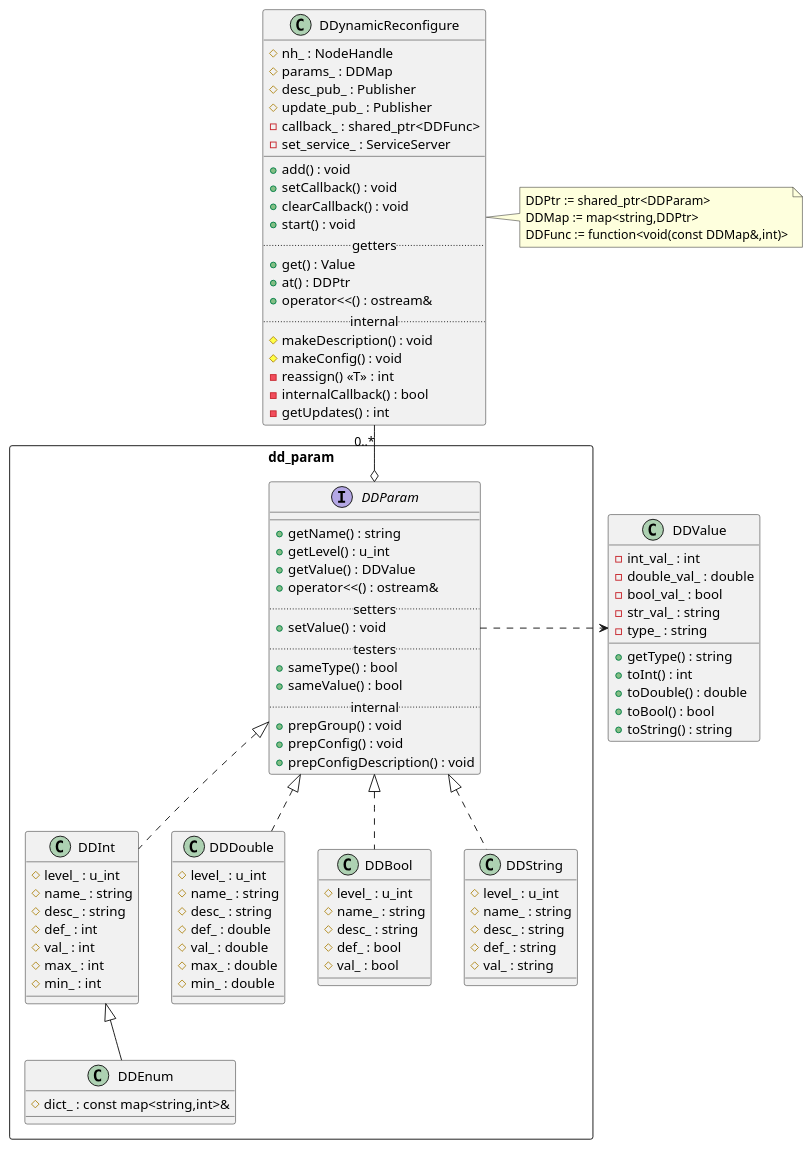
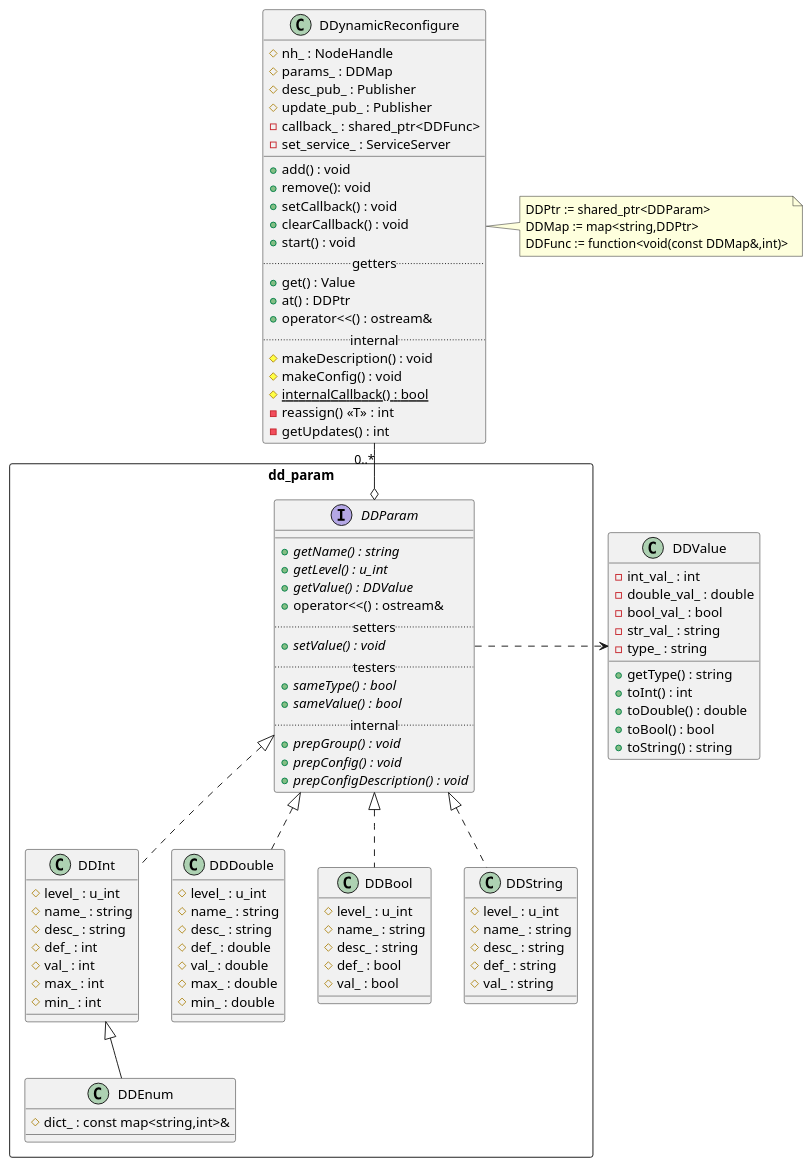
Before and after one commit to awesomebytes/ddynamic_reconfigure: the diagram in uml/class_struct.puml, drawn with PlantUML. The commit also changed 4 other files, not shown here.

```diff
--- a/uml/class_struct.puml
+++ b/uml/class_struct.puml
@@ -1,99 +1,100 @@
 @startuml
 class DDynamicReconfigure {
     #nh_ : NodeHandle
     #params_ : DDMap
     #desc_pub_ : Publisher
     #update_pub_ : Publisher
     -callback_ : shared_ptr<DDFunc>
     -set_service_ : ServiceServer
     __
     +add() : void
+    +remove(): void
     +setCallback() : void
     +clearCallback() : void
     +start() : void
     ..getters..
     +get() : Value
     +at() : DDPtr
     +operator<<() : ostream&
     ..internal..
     #makeDescription() : void
     #makeConfig() : void
+    #{static} internalCallback() : bool
     -reassign() <<T>> : int
-    -internalCallback() : bool
     -getUpdates() : int
 }
 note right: DDPtr := shared_ptr<DDParam>\nDDMap := map<string,DDPtr>\nDDFunc := function<void(const DDMap&,int)>
 class DDValue {
     -int_val_ : int
     -double_val_ : double
     -bool_val_ : bool
     -str_val_ : string
     -type_ : string
     +getType() : string
     +toInt() : int
     +toDouble() : double
     +toBool() : bool
     +toString() : string
 }
 package dd_param <<Rectangle>> {
     interface DDParam {
         __
-        +getName() : string
-        +getLevel() : u_int
-        +getValue() : DDValue
+        +{abstract} getName() : string
+        +{abstract} getLevel() : u_int
+        +{abstract} getValue() : DDValue
         +operator<<() : ostream&
         ..setters..
-        +setValue() : void
+        +{abstract} setValue() : void
         ..testers..
-        +sameType() : bool
-        +sameValue() : bool
+        +{abstract} sameType() : bool
+        +{abstract} sameValue() : bool
         ..internal..
-        +prepGroup() : void
-        +prepConfig() : void
-        +prepConfigDescription() : void
+        +{abstract} prepGroup() : void
+        +{abstract} prepConfig() : void
+        +{abstract} prepConfigDescription() : void
     }
     class DDInt {
         #level_ : u_int
         #name_ : string
         #desc_ : string
         #def_ : int
         #val_ : int
         #max_ : int
         #min_ : int
     }
     class DDDouble {
         #level_ : u_int
         #name_ : string
         #desc_ : string
         #def_ : double
         #val_ : double
         #max_ : double
         #min_ : double
     }
     class DDBool {
         #level_ : u_int
         #name_ : string
         #desc_ : string
         #def_ : bool
         #val_ : bool
     }
     class DDString {
         #level_ : u_int
         #name_ : string
         #desc_ : string
         #def_ : string
         #val_ : string
     }
     class DDEnum {
       #dict_ : const map<string,int>&
     }
 }
 
 DDParam .> DDValue
 DDInt .u.|> DDParam
 DDDouble .u.|> DDParam
 DDBool .u.|> DDParam
 DDString .u.|> DDParam
 DDEnum -u-|> DDInt
 DDynamicReconfigure "0..*" --o DDParam
 @enduml
```
